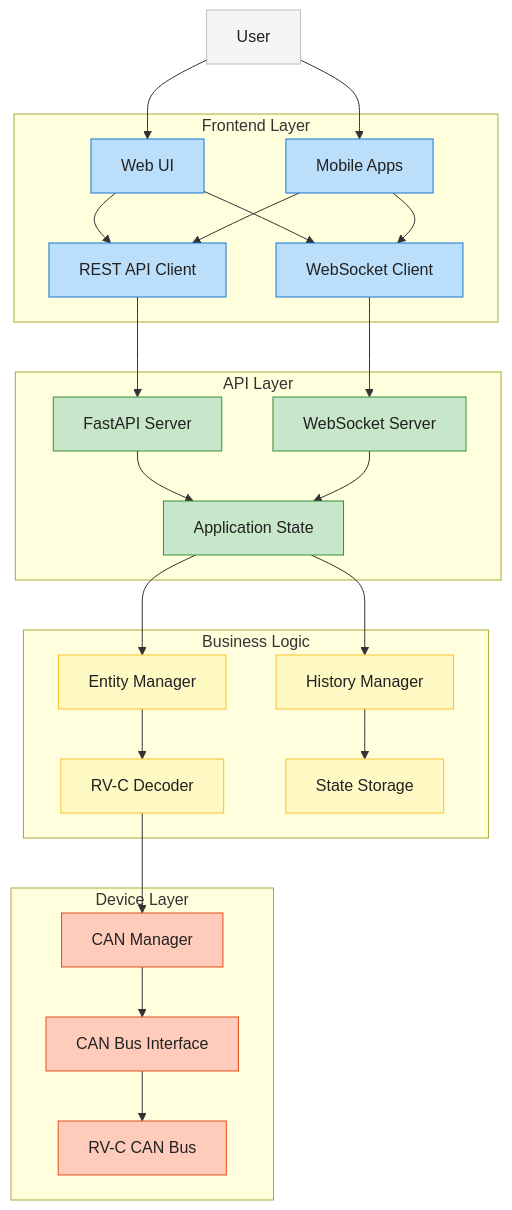
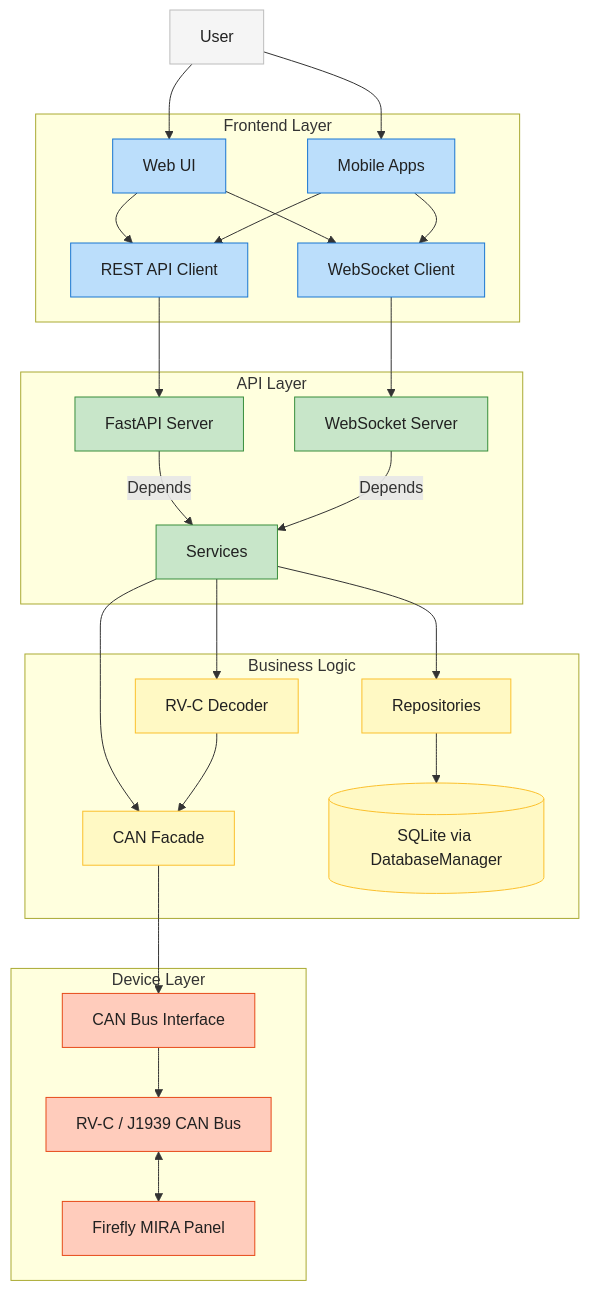
The diagram in docs/architecture/overview.md (carpenike/coachiq), drawn with Mermaid before and after one commit. The commit also changed other lines of this file and 3 other files, not shown here.

First line of the commit message:
docs(architecture): rewrite repository-pattern.md + backend.md against current code (#143)

````diff
--- a/docs/architecture/overview.md
+++ b/docs/architecture/overview.md
@@ -9,44 +9,45 @@
 ```mermaid
 graph TD
     User[User] --> WebUI[Web UI]
     User --> MobileApp[Mobile Apps]
 
     subgraph "Frontend Layer"
         WebUI --> REST[REST API Client]
         WebUI --> WS[WebSocket Client]
         MobileApp --> REST
         MobileApp --> WS
     end
 
     subgraph "API Layer"
         REST --> FastAPI[FastAPI Server]
         WS --> WSServer[WebSocket Server]
-        FastAPI --> AppState[Application State]
-        WSServer --> AppState
+        FastAPI -->|Depends| Services[Services]
+        WSServer -->|Depends| Services
     end
 
     subgraph "Business Logic"
-        AppState --> EntityManager[Entity Manager]
-        AppState --> HistoryManager[History Manager]
-        EntityManager --> Decoder[RV-C Decoder]
-        HistoryManager --> Storage[State Storage]
+        Services --> Repos[Repositories]
+        Services --> Decoder[RV-C Decoder]
+        Services --> CANFacade[CAN Facade]
+        Repos --> SQL[(SQLite via DatabaseManager)]
     end
 
     subgraph "Device Layer"
-        Decoder --> CanManager[CAN Manager]
-        CanManager --> CanInterface[CAN Bus Interface]
-        CanInterface --> RVCBus[RV-C CAN Bus]
+        Decoder --> CANFacade
+        CANFacade --> CANInterface[CAN Bus Interface]
+        CANInterface --> RVCBus[RV-C / J1939 CAN Bus]
+        RVCBus <--> Firefly[Firefly MIRA Panel]
     end
 
     classDef user fill:#f5f5f5,stroke:#bdbdbd,color:#212121;
     classDef frontend fill:#bbdefb,stroke:#1976d2,color:#212121;
     classDef api fill:#c8e6c9,stroke:#388e3c,color:#212121;
     classDef logic fill:#fff9c4,stroke:#fbc02d,color:#212121;
     classDef device fill:#ffccbc,stroke:#e64a19,color:#212121;
 
     class User user;
     class WebUI,MobileApp,REST,WS frontend;
-    class FastAPI,WSServer,AppState api;
-    class EntityManager,HistoryManager,Decoder,Storage logic;
-    class CanManager,CanInterface,RVCBus device;
+    class FastAPI,WSServer,Services api;
+    class Repos,Decoder,CANFacade,SQL logic;
+    class CANInterface,RVCBus,Firefly device;
 ```
````
